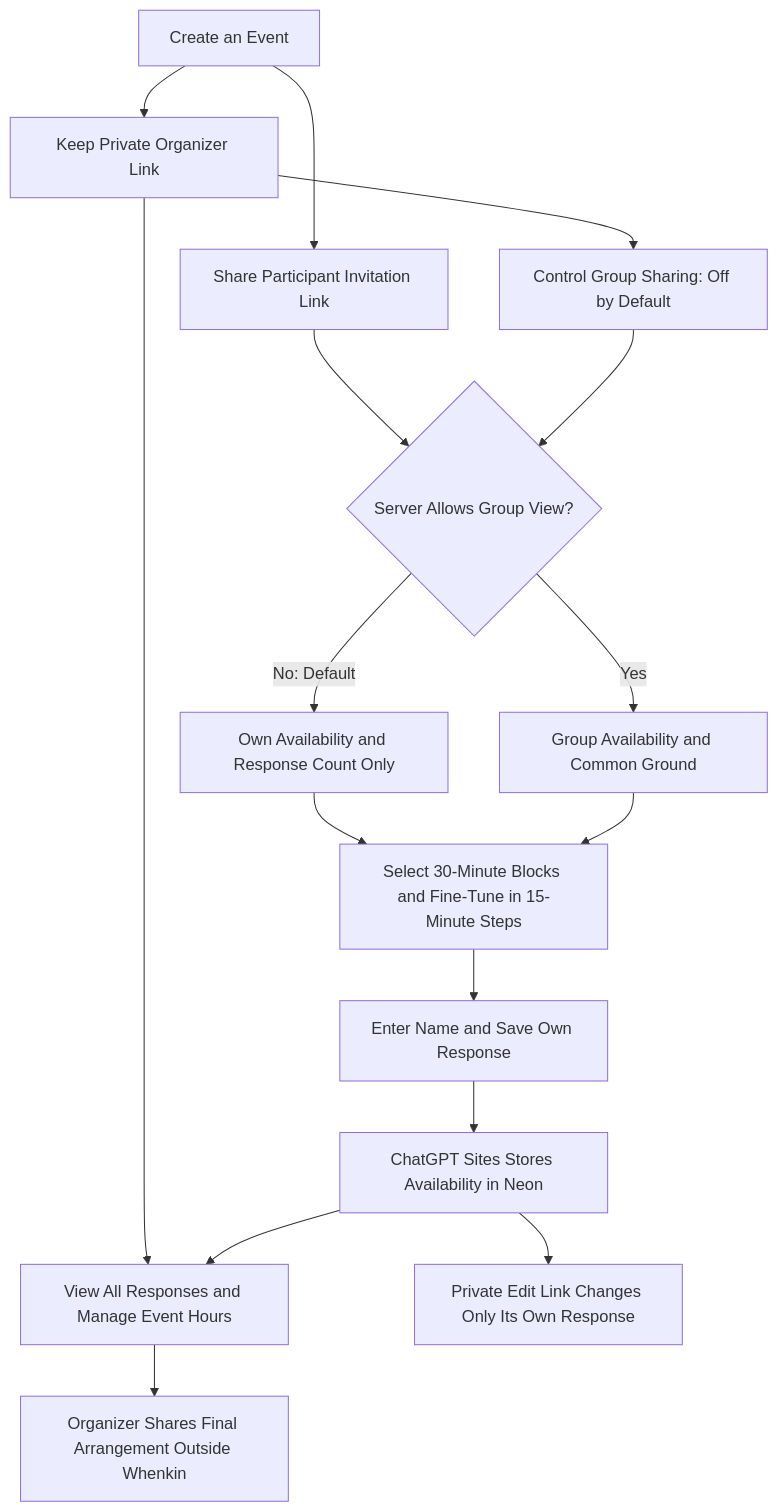
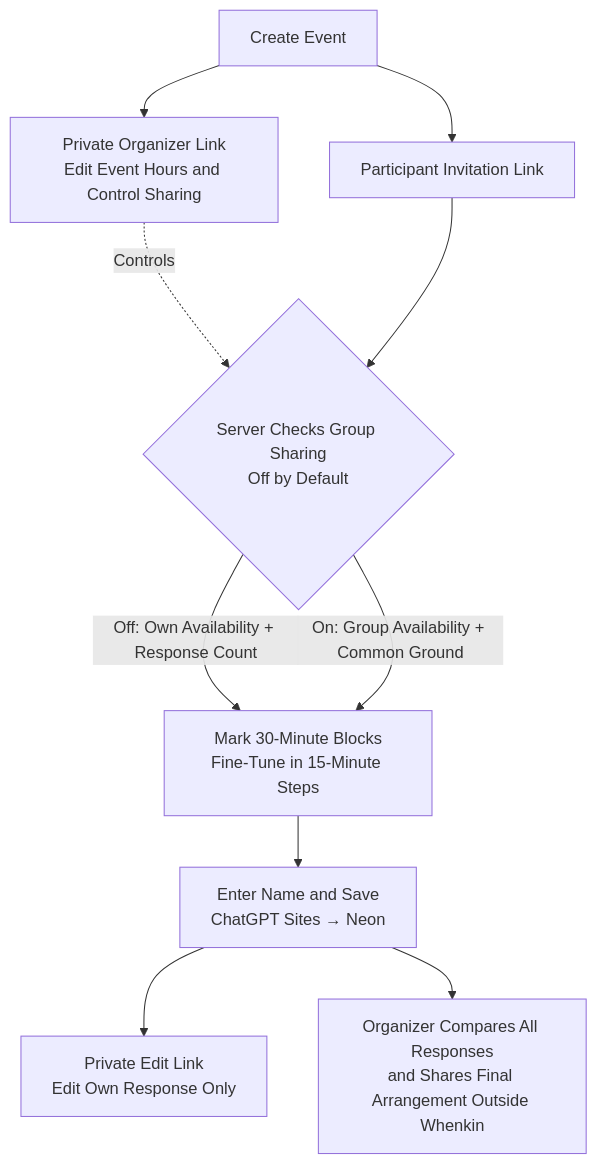
The diagram in README.md (jimmy181211/whenkin), drawn with Mermaid before and after one commit. The commit also changed 1 other file, not shown here.

Commit message:
Simplify the privacy and overview flowcharts
Merge repeated authentication, visibility, and refresh steps while retaining all privacy and access rules. Keep the detailed permissions table and explanations unchanged.

````diff
--- a/README.md
+++ b/README.md
@@ -28,18 +28,12 @@
 ```mermaid
 flowchart TD
-  A["Create an Event"] --> O["Keep Private Organizer Link"]
-  A --> I["Share Participant Invitation Link"]
-  O --> M["View All Responses and Manage Event Hours"]
-  O --> T["Control Group Sharing: Off by Default"]
-  I --> P{"Server Allows Group View?"}
-  T --> P
-  P -->|"No: Default"| H["Own Availability and Response Count Only"]
-  P -->|Yes| G["Group Availability and Common Ground"]
-  H --> E["Select 30-Minute Blocks and Fine-Tune in 15-Minute Steps"]
-  G --> E
-  E --> N["Enter Name and Save Own Response"]
-  N --> S["ChatGPT Sites Stores Availability in Neon"]
-  S --> L["Private Edit Link Changes Only Its Own Response"]
-  S --> M
-  M --> F["Organizer Shares Final Arrangement Outside Whenkin"]
+  C["Create Event"] --> O["Private Organizer Link<br/>Edit Event Hours and Control Sharing"]
+  C --> P["Participant Invitation Link"]
+  O -.->|"Controls"| S{"Server Checks Group Sharing<br/>Off by Default"}
+  P --> S
+  S -->|"Off: Own Availability + Response Count"| R["Mark 30-Minute Blocks<br/>Fine-Tune in 15-Minute Steps"]
+  S -->|"On: Group Availability + Common Ground"| R
+  R --> N["Enter Name and Save<br/>ChatGPT Sites → Neon"]
+  N --> E["Private Edit Link<br/>Edit Own Response Only"]
+  N --> F["Organizer Compares All Responses<br/>and Shares Final Arrangement Outside Whenkin"]
 ```
````
